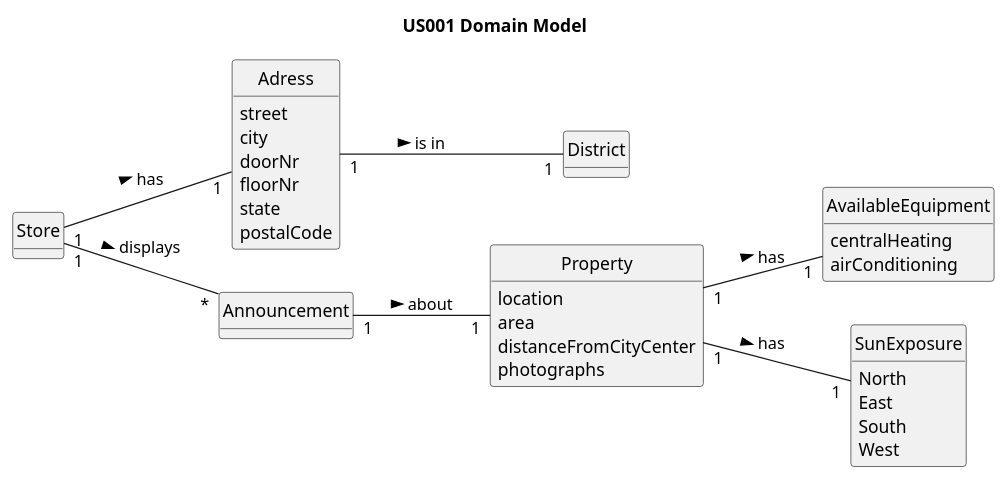
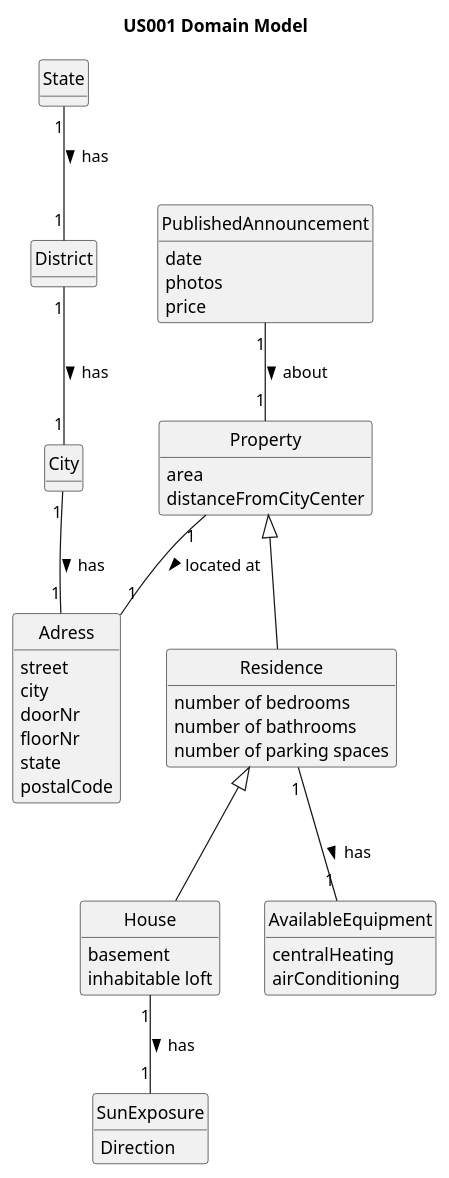
Before and after one commit to 1220812/LAPR2: the diagram in docs/sprintB/us001/02.analysis/puml/us001-domain-model.puml, drawn with PlantUML. The commit also changed 3 other files, not shown here.

```diff
--- a/docs/sprintB/us001/02.analysis/puml/us001-domain-model.puml
+++ b/docs/sprintB/us001/02.analysis/puml/us001-domain-model.puml
@@ -1,56 +1,74 @@
 @startuml
 skinparam monochrome true
 skinparam packageStyle rectangle
 skinparam shadowing false
 
-left to right direction
+'left to right direction
 
 hide circle
 hide methods
 
 title US001 Domain Model
 
 class Adress{
 street
 city
 doorNr
 floorNr
 state
 postalCode
 }
 
+class State {
+}
+
 class District {
 }
 
-class Announcement {
+class City {
 }
 
-class Store {
+class PublishedAnnouncement {
+date
+photos
+price
 }
 
+
 class Property {
-location
 area
 distanceFromCityCenter
-photographs
+}
+
+class Residence {
+number of bedrooms
+number of bathrooms
+number of parking spaces
+}
+
+class House {
+basement
+inhabitable loft
 }
 
 class AvailableEquipment {
 centralHeating
 airConditioning
 }
 
 class SunExposure {
-North
-East
-South
-West
+Direction
 }
 
-Store "1"-- "*" Announcement : displays >
-Store "1" -- "1" Adress : has >
-Adress "1" -- "1" District : is in >
-Announcement "1" -- "1" Property : about >
-Property "1" -- "1" AvailableEquipment : has >
-Property "1" -- "1" SunExposure : has >
+
+City "1" -- "1" Adress : has >
+State "1" -- "1" District : has >
+District "1" -- "1" City : has >
+PublishedAnnouncement "1" -- "1" Property : about >
+Residence "1" -- "1" AvailableEquipment : has >
+House "1" -- "1" SunExposure : has >
+Property "1" -- "1" Adress : located at >
+Residence <|-- House
+Property <|-- Residence
+
 @enduml
```
